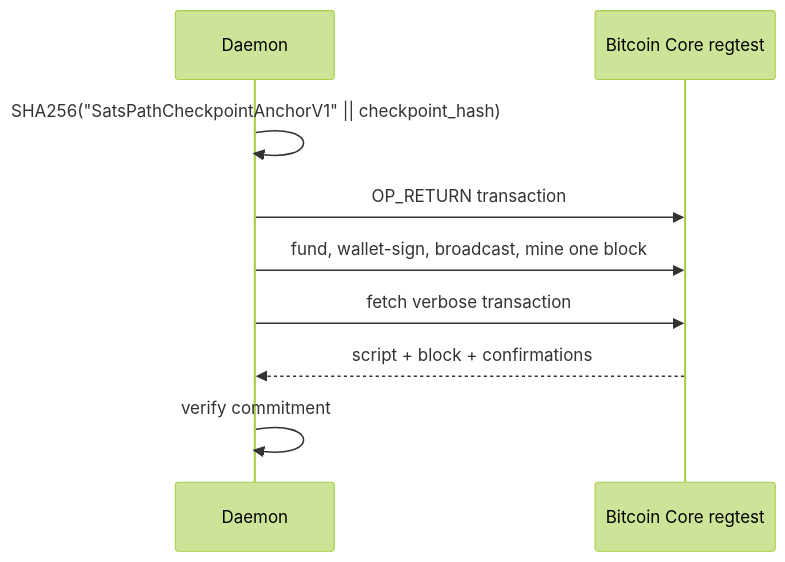
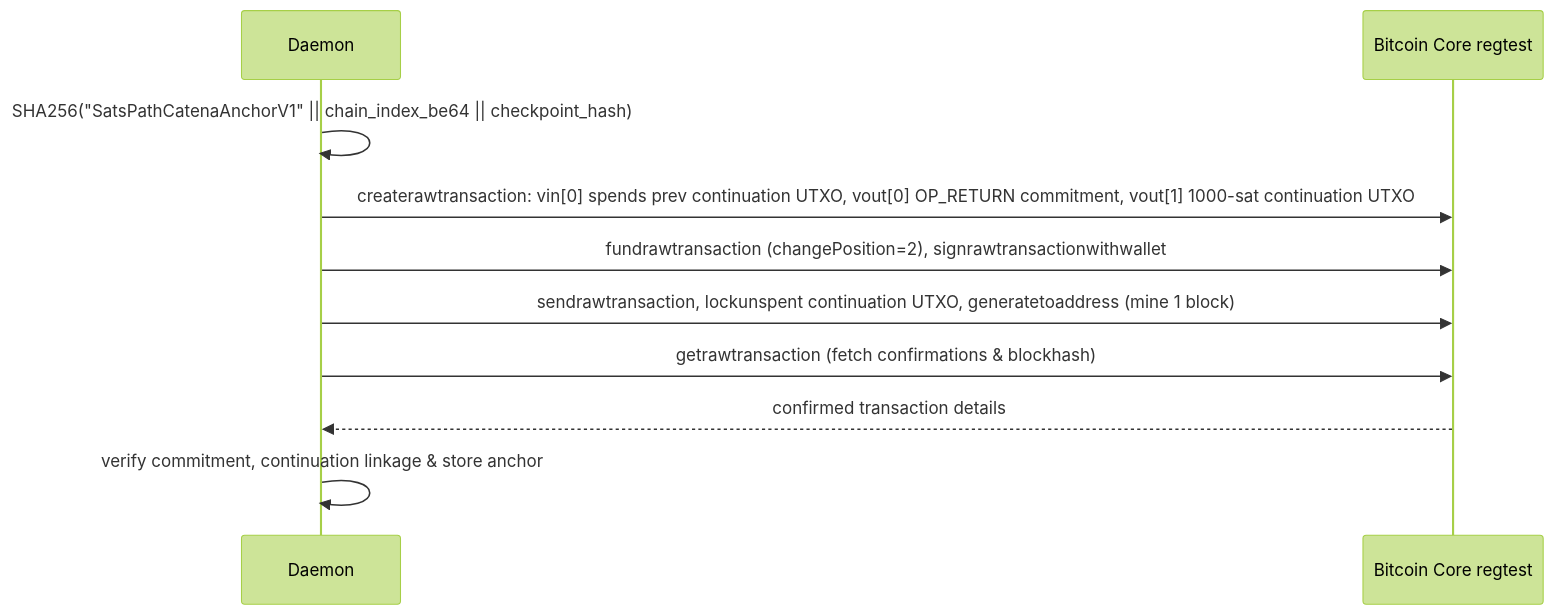
The fifth of 6 diagrams in docs/key_transparency.md (satspath/satspath), drawn with Mermaid (forest theme) before and after one commit. The commit also changed 2 other files, not shown here.

Commit message:
fix(transparency): reconcile historical pending anchors, pre-broadcast tip guard, and update docs

````diff
--- a/docs/key_transparency.md
+++ b/docs/key_transparency.md
@@ -91,11 +91,12 @@
 ```mermaid
 sequenceDiagram
   participant Daemon
   participant Core as Bitcoin Core regtest
-  Daemon->>Daemon: SHA256("SatsPathCheckpointAnchorV1" || checkpoint_hash)
-  Daemon->>Core: OP_RETURN transaction
-  Daemon->>Core: fund, wallet-sign, broadcast, mine one block
-  Daemon->>Core: fetch verbose transaction
-  Core-->>Daemon: script + block + confirmations
-  Daemon->>Daemon: verify commitment
+  Daemon->>Daemon: SHA256("SatsPathCatenaAnchorV1" || chain_index_be64 || checkpoint_hash)
+  Daemon->>Core: createrawtransaction: vin[0] spends prev continuation UTXO, vout[0] OP_RETURN commitment, vout[1] 1000-sat continuation UTXO
+  Daemon->>Core: fundrawtransaction (changePosition=2), signrawtransactionwithwallet
+  Daemon->>Core: sendrawtransaction, lockunspent continuation UTXO, generatetoaddress (mine 1 block)
+  Daemon->>Core: getrawtransaction (fetch confirmations & blockhash)
+  Core-->>Daemon: confirmed transaction details
+  Daemon->>Daemon: verify commitment, continuation linkage & store anchor
 ```
````
